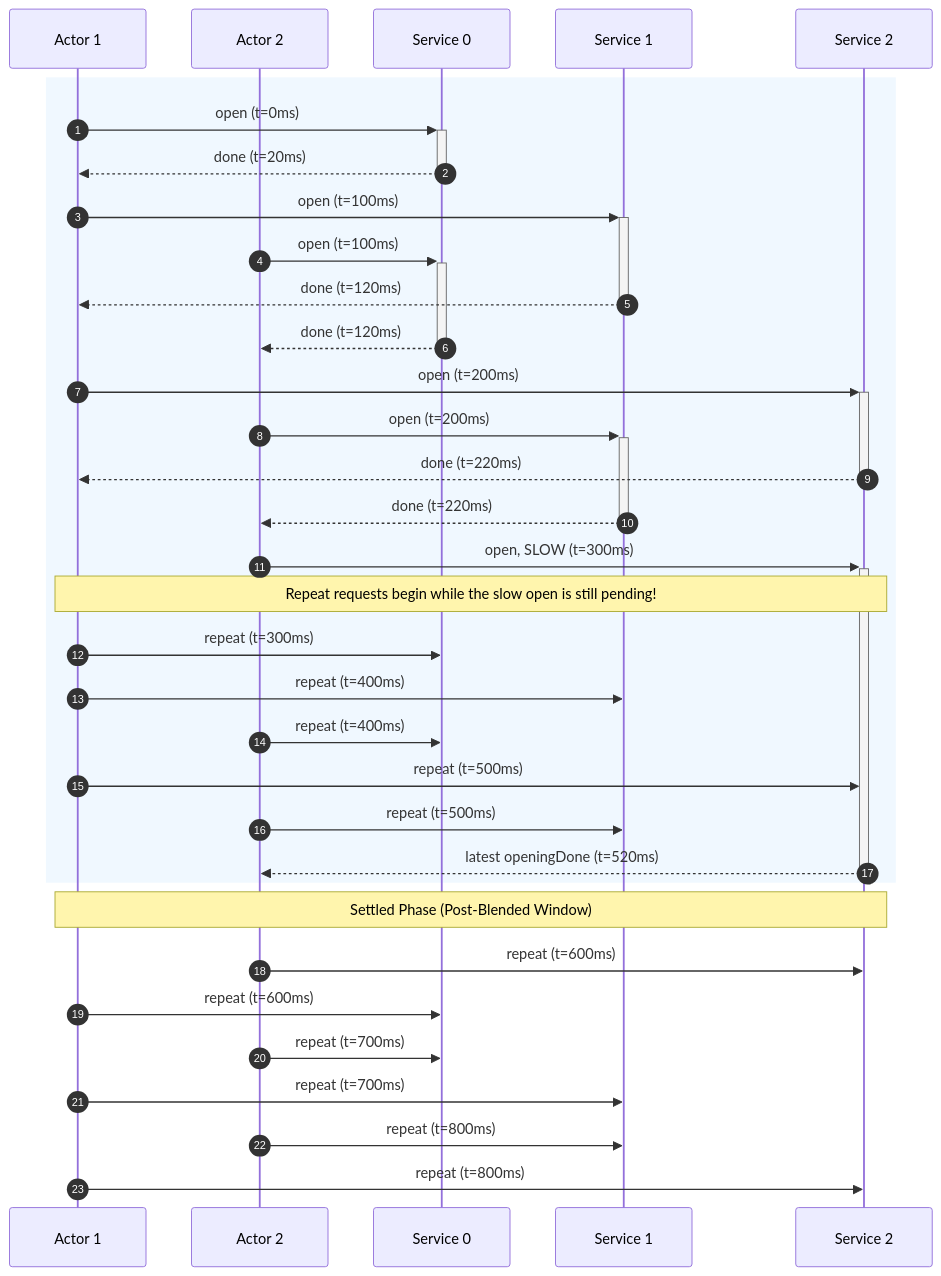
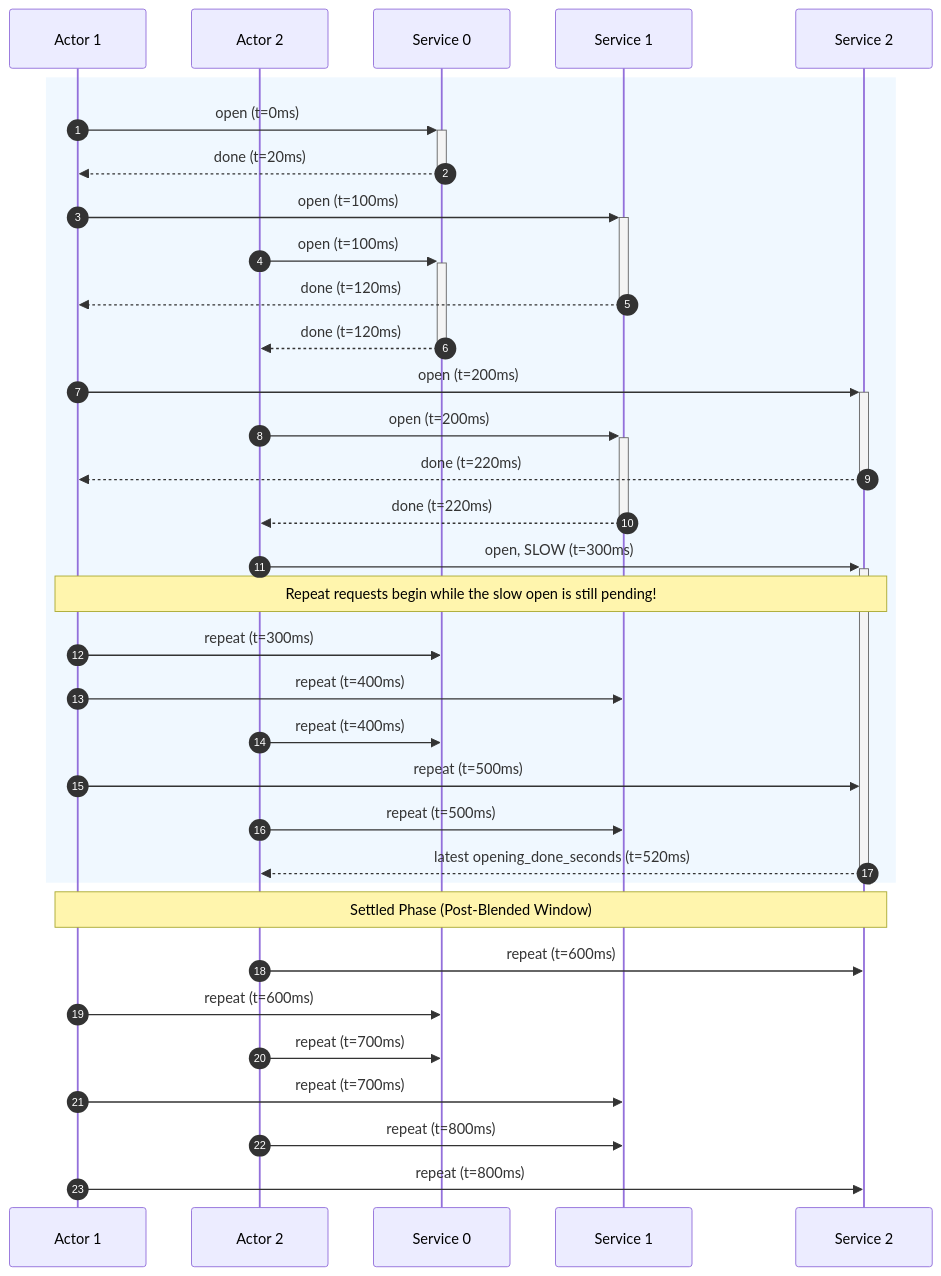
The second of 2 diagrams in cmd/benchmarking/egress/README.md (ygao-g/substrate), drawn with Mermaid before and after one commit. The commit also changed other lines of this file and 9 other files, not shown here.

````diff
--- a/cmd/benchmarking/egress/README.md
+++ b/cmd/benchmarking/egress/README.md
@@ -180,36 +191,36 @@
 ```mermaid
 sequenceDiagram
   autonumber
   participant A1 as Actor 1
   participant A2 as Actor 2
   participant S0 as Service 0
   participant S1 as Service 1
   participant S2 as Service 2
   rect rgb(240, 248, 255)
     A1->>+S0: open (t=0ms)
     S0-->>-A1: done (t=20ms)
     A1->>+S1: open (t=100ms)
     A2->>+S0: open (t=100ms)
     S1-->>-A1: done (t=120ms)
     S0-->>-A2: done (t=120ms)
     A1->>+S2: open (t=200ms)
     A2->>+S1: open (t=200ms)
     S2-->>-A1: done (t=220ms)
     S1-->>-A2: done (t=220ms)
     A2->>+S2: open, SLOW (t=300ms)
     Note over A1,S2: Repeat requests begin while the slow open is still pending!
     A1->>S0: repeat (t=300ms)
     A1->>S1: repeat (t=400ms)
     A2->>S0: repeat (t=400ms)
     A1->>S2: repeat (t=500ms)
     A2->>S1: repeat (t=500ms)
-    S2-->>-A2: latest openingDone (t=520ms)
+    S2-->>-A2: latest opening_done_seconds (t=520ms)
   end
   Note over A1,S2: Settled Phase (Post-Blended Window)
   A2->>S2: repeat (t=600ms)
   A1->>S0: repeat (t=600ms)
   A2->>S0: repeat (t=700ms)
   A1->>S1: repeat (t=700ms)
   A2->>S1: repeat (t=800ms)
   A1->>S2: repeat (t=800ms)
 ```
````
